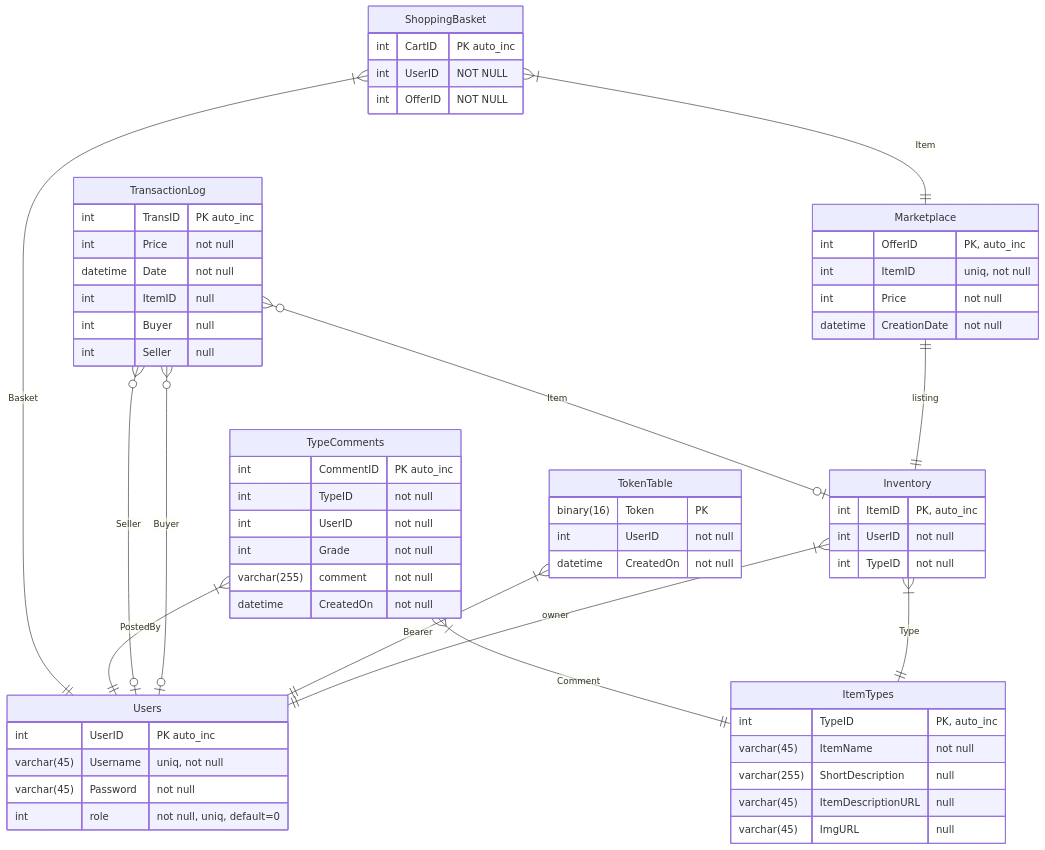
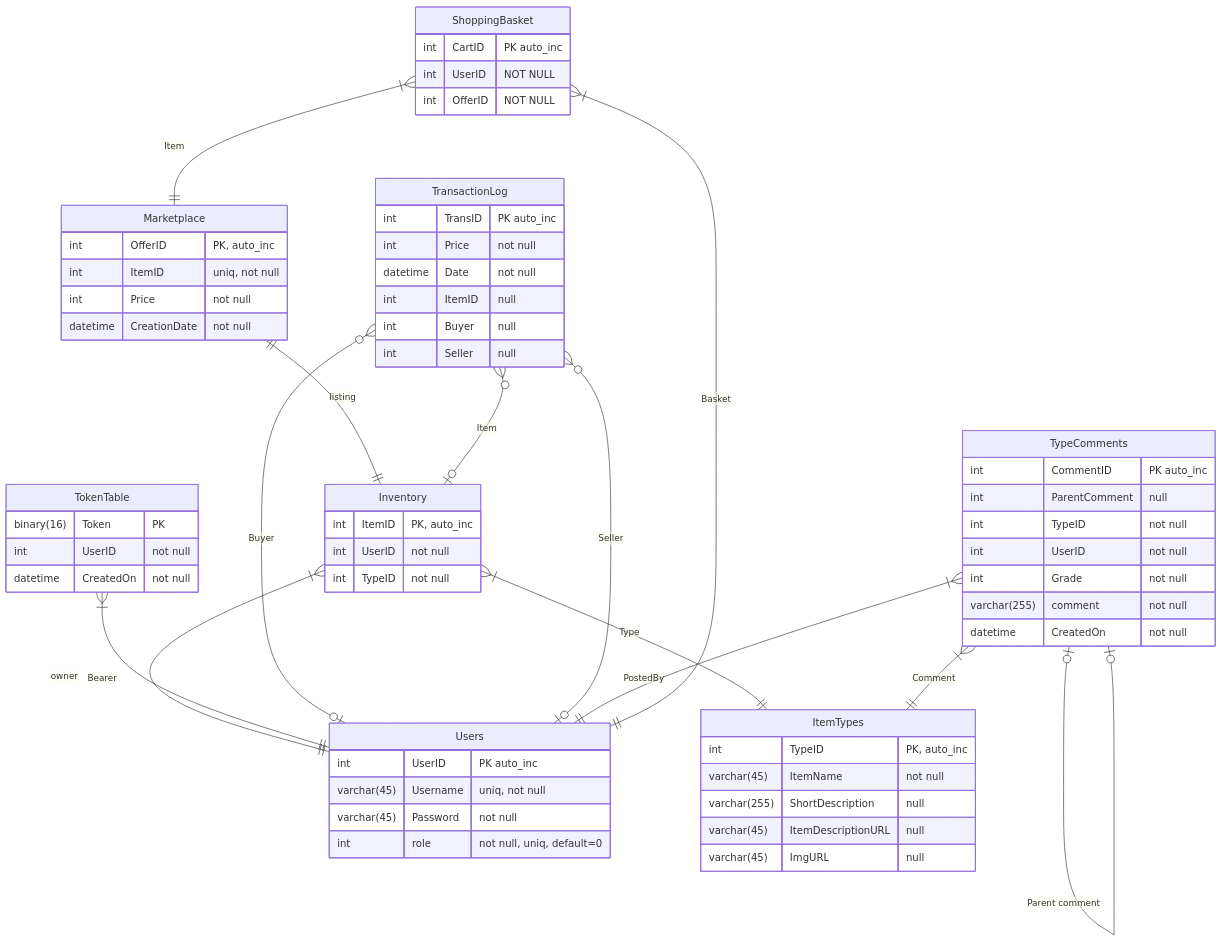
The second of 2 diagrams in README.md (salon64/CyberMarket), drawn with Mermaid before and after one commit. The commit also changed other lines of this file, not shown here.

````diff
--- a/README.md
+++ b/README.md
@@ -161,72 +169,74 @@
 ```mermaid
 erDiagram
     Users {
         int UserID "PK auto_inc"
         varchar(45) Username "uniq, not null"
         varchar(45) Password "not null"
         int role "not null, uniq, default=0"
     }
 
     Marketplace {
         int OfferID "PK, auto_inc"
         int ItemID "uniq, not null"
         int Price "not null"
         datetime CreationDate "not null"
     }
     Marketplace ||--|| Inventory: listing
 
     Inventory {
         int ItemID "PK, auto_inc"
         int UserID "not null"
         int TypeID "not null"
     }
     Inventory }|--|| Users: owner
     Inventory }|--|| ItemTypes: Type
 
     ItemTypes {
         int TypeID "PK, auto_inc"
         varchar(45) ItemName "not null"
         varchar(255) ShortDescription "null"
         varchar(45) ItemDescriptionURL "null"
         varchar(45) ImgURL "null"
     }
 
     TokenTable {
         binary(16) Token "PK"
         int UserID  "not null"
         datetime CreatedOn "not null"
     }
     TokenTable }|--|| Users: Bearer
 
     TransactionLog {
         int TransID "PK auto_inc"
         int Price "not null"
         datetime Date "not null"
         int ItemID "null"
         int Buyer "null"
         int Seller "null"
     }
     TransactionLog }o--o| Inventory: Item
     TransactionLog }o--o| Users: Buyer
     TransactionLog }o--o| Users: Seller
 
     TypeComments {
         int CommentID "PK auto_inc"
+        int ParentComment "null"
         int TypeID "not null"
         int UserID "not null"
         int Grade "not null"
         varchar(255) comment "not null"
         datetime CreatedOn "not null"
     }
     TypeComments }|--|| Users: PostedBy
     TypeComments }|--|| ItemTypes: Comment
+    TypeComments |o--o| TypeComments: "Parent comment"
 
     ShoppingBasket {
         int CartID "PK auto_inc"
         int UserID "NOT NULL"
         int OfferID "NOT NULL"
     }
     ShoppingBasket }|--|| Users: Basket
     ShoppingBasket }|--|| Marketplace: Item
 
 ```
````
